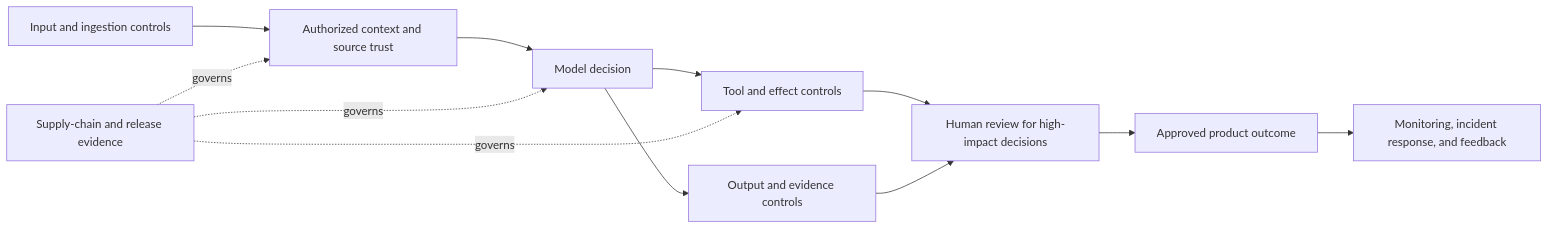
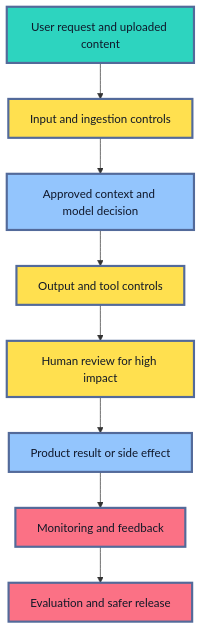
One commit to senlinyy/dev-roadmaps changed the first of 4 diagrams in roadmaps/mlops/modules/llmops/safety-and-governance/03-guardrails-and-risk.md. Above: the diagram before and after it, drawn with Mermaid. The commit also changed other lines of this file and 198 other files, not shown here.

````diff
--- a/roadmaps/mlops/modules/llmops/safety-and-governance/03-guardrails-and-risk.md
+++ b/roadmaps/mlops/modules/llmops/safety-and-governance/03-guardrails-and-risk.md
@@ -20,14 +39,19 @@
 ```mermaid
-flowchart LR
-    A[Input and ingestion controls] --> B[Authorized context and source trust]
-    B --> C[Model decision]
-    C --> D[Tool and effect controls]
-    C --> E[Output and evidence controls]
-    D --> F[Human review for high-impact decisions]
-    E --> F
-    F --> G[Approved product outcome]
-    G --> H[Monitoring, incident response, and feedback]
-    I[Supply-chain and release evidence] -. governs .-> B
-    I -. governs .-> C
-    I -. governs .-> D
+flowchart TD
+    A["User request and uploaded content"] --> B["Input and ingestion controls"]
+    B --> C["Approved context and model decision"]
+    C --> D["Output and tool controls"]
+    D --> E["Human review for high impact"]
+    E --> F["Product result or side effect"]
+    F --> G["Monitoring and feedback"]
+    G --> H["Evaluation and safer release"]
+
+    classDef source fill:#2DD4BF,stroke:#536A9A,stroke-width:3px,color:#0F172A
+    classDef control fill:#FFE04F,stroke:#536A9A,stroke-width:3px,color:#111827
+    classDef result fill:#93C5FD,stroke:#536A9A,stroke-width:3px,color:#0F172A
+    classDef evidence fill:#FB7185,stroke:#536A9A,stroke-width:3px,color:#111827
+    class A source
+    class B,D,E control
+    class C,F result
+    class G,H evidence
 ```
````
